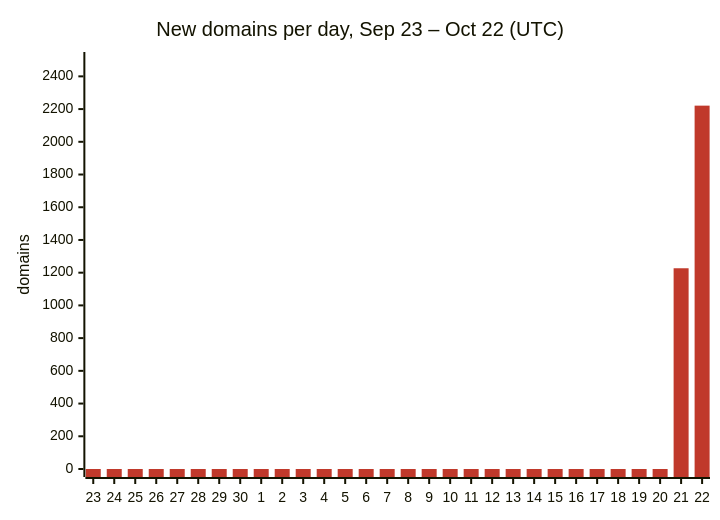
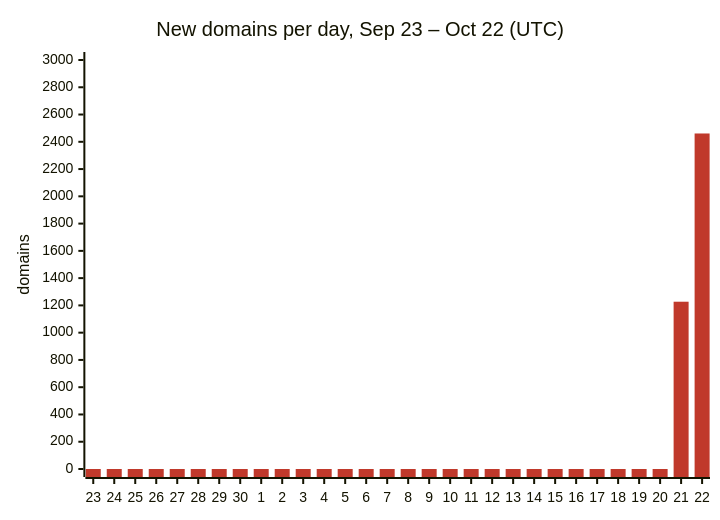
One commit to DNSBunker/CTI changed the first of 3 diagrams in README.md. Above: the diagram before and after it, drawn with Mermaid. The commit also changed other lines of this file and 3 other files, not shown here.

````diff
--- a/README.md
+++ b/README.md
@@ -29,8 +29,8 @@
 ```mermaid
 %%{init: {"themeVariables": {"xyChart": {"plotColorPalette": "#c0392b"}}}}%%
 xychart-beta
     title "New domains per day, Sep 23 – Oct 22 (UTC)"
     x-axis ["23", "24", "25", "26", "27", "28", "29", "30", "1", "2", "3", "4", "5", "6", "7", "8", "9", "10", "11", "12", "13", "14", "15", "16", "17", "18", "19", "20", "21", "22"]
-    y-axis "domains" 0 --> 2500
-    bar [0, 0, 0, 0, 0, 0, 0, 0, 0, 0, 0, 0, 0, 0, 0, 0, 0, 0, 0, 0, 0, 0, 0, 0, 0, 0, 0, 0, 1227, 2221]
+    y-axis "domains" 0 --> 3000
+    bar [0, 0, 0, 0, 0, 0, 0, 0, 0, 0, 0, 0, 0, 0, 0, 0, 0, 0, 0, 0, 0, 0, 0, 0, 0, 0, 0, 0, 1227, 2461]
 ```
````
